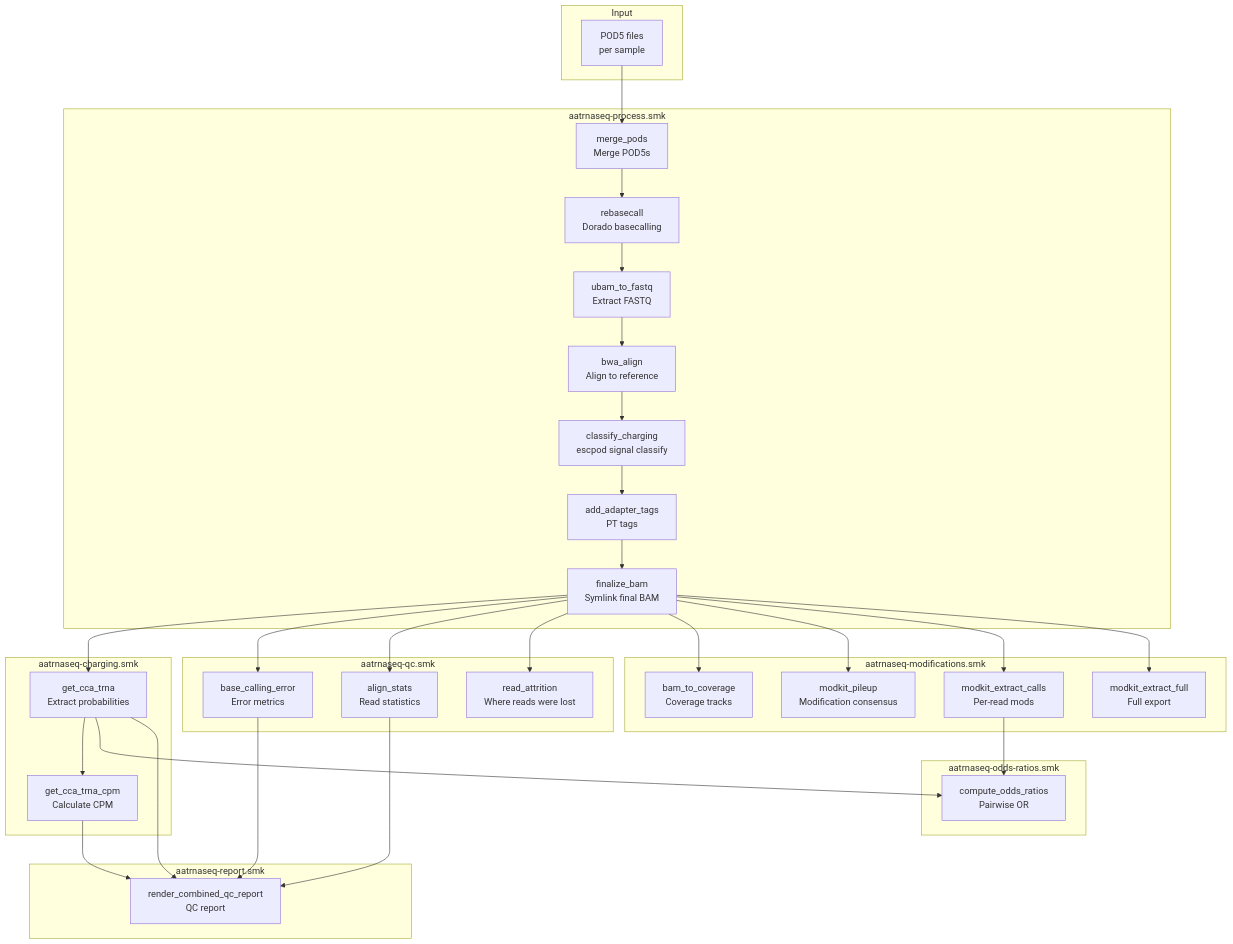
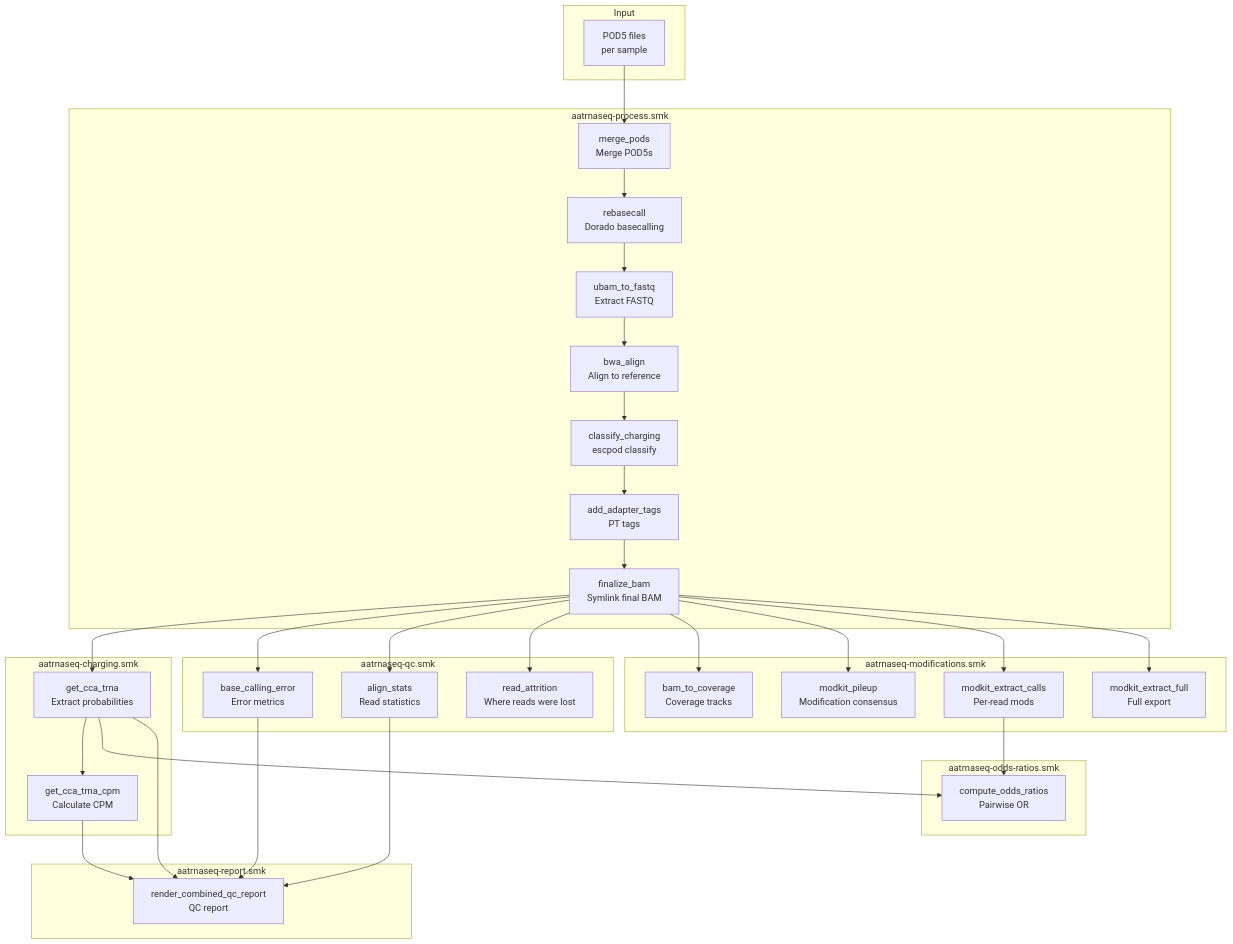
The second of 3 diagrams in docs/workflow/overview.md (rnabioco/aa-tRNA-seq-pipeline), drawn with Mermaid before and after one commit. The commit also changed other lines of this file and 22 other files, not shown here.

````diff
--- a/docs/workflow/overview.md
+++ b/docs/workflow/overview.md
@@ -35,59 +35,59 @@
 ```mermaid
 flowchart TB
     subgraph Input
         A[POD5 files<br/>per sample]
     end
 
     subgraph Processing[aatrnaseq-process.smk]
         B[merge_pods<br/>Merge POD5s]
         C[rebasecall<br/>Dorado basecalling]
         D[ubam_to_fastq<br/>Extract FASTQ]
         E[bwa_align<br/>Align to reference]
-        F[classify_charging<br/>escpod signal classify]
+        F[classify_charging<br/>escpod classify]
         G2[add_adapter_tags<br/>PT tags]
         G3[finalize_bam<br/>Symlink final BAM]
     end
 
     subgraph Charging[aatrnaseq-charging.smk]
         H[get_cca_trna<br/>Extract probabilities]
         I[get_cca_trna_cpm<br/>Calculate CPM]
     end
 
     subgraph QC[aatrnaseq-qc.smk]
         J[base_calling_error<br/>Error metrics]
         K[align_stats<br/>Read statistics]
         L[read_attrition<br/>Where reads were lost]
     end
 
     subgraph Mods[aatrnaseq-modifications.smk]
         M[bam_to_coverage<br/>Coverage tracks]
         N[modkit_pileup<br/>Modification consensus]
         O[modkit_extract_calls<br/>Per-read mods]
         P[modkit_extract_full<br/>Full export]
     end
 
     subgraph OddsRatios[aatrnaseq-odds-ratios.smk]
         Q[compute_odds_ratios<br/>Pairwise OR]
     end
 
     subgraph Report[aatrnaseq-report.smk]
         R[render_combined_qc_report<br/>QC report]
     end
 
     A --> B --> C --> D --> E --> F --> G2 --> G3
 
     G3 --> H --> I
     G3 --> J
     G3 --> K
     G3 --> L
     G3 --> M
     G3 --> N
     G3 --> O
     G3 --> P
     O --> Q
     H --> Q
     J --> R
     H --> R
     I --> R
     K --> R
 ```
````
